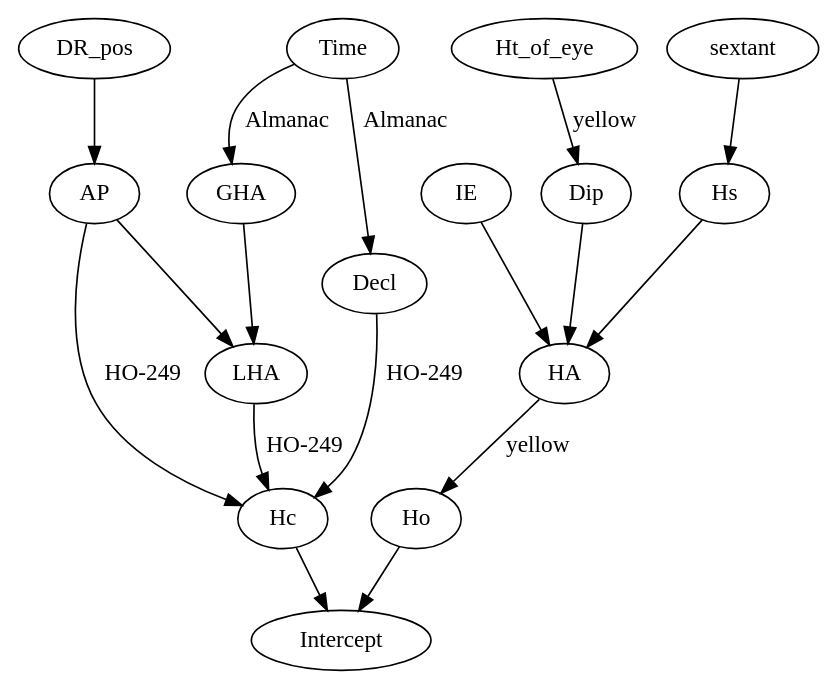
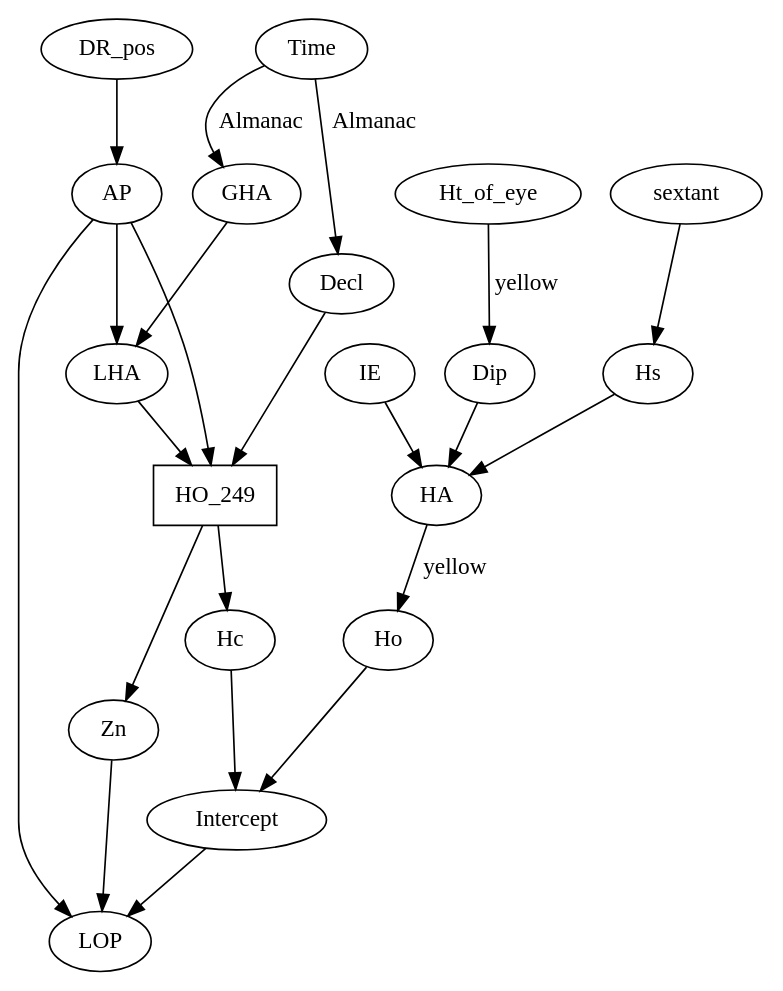
One commit to zimolzak/Sight-reduction-problems changed the diagram in sight reduction.dot. Above: the diagram before and after it, drawn with Graphviz.

Commit message:
Show all the way to LOP.

```diff
--- a/sight reduction.dot
+++ b/sight reduction.dot
@@ -1,26 +1,33 @@
 digraph {
 
 sextant -> Hs
 Hs -> HA
 IE -> HA
 Ht_of_eye -> Dip [label="yellow"]
 Dip -> HA
 HA -> Ho [label="yellow"]
 
 Time -> GHA [label="Almanac"]
 Time -> Decl [label="Almanac"]
 
 DR_pos -> AP
 AP -> LHA
 GHA -> LHA
 
-AP -> Hc [label="HO-249"]
-LHA -> Hc [label="HO-249"]
-Decl -> Hc [label="HO-249"]
+HO_249 [shape="rectangle"]
+
+AP -> HO_249
+LHA -> HO_249
+Decl -> HO_249
+
+HO_249 -> Hc
+HO_249 -> Zn
 
 Ho -> Intercept
 Hc -> Intercept
 
-
+AP -> LOP
+Zn -> LOP
+Intercept -> LOP
 
 }
```
